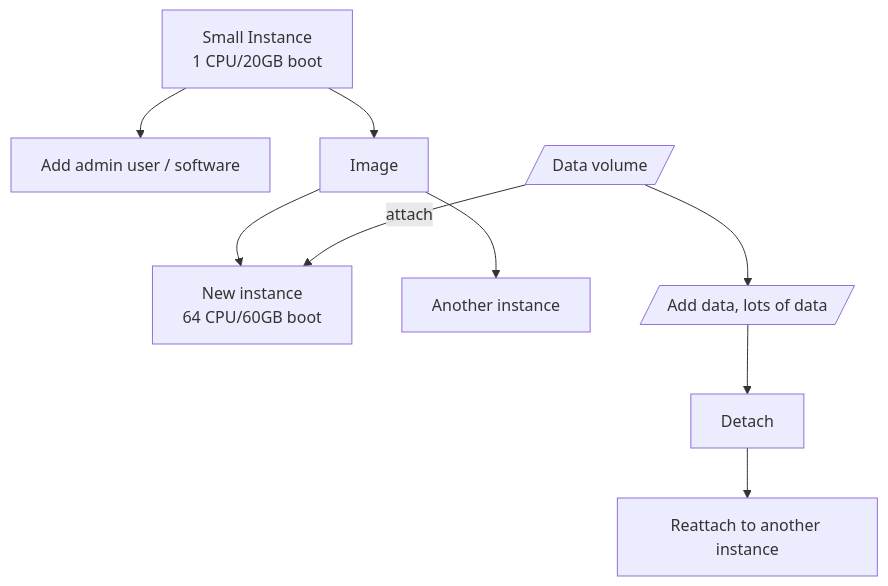
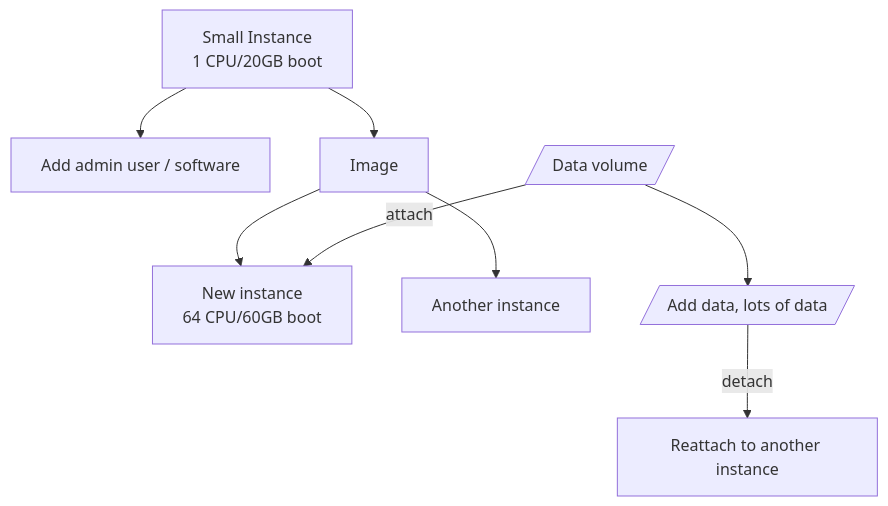
Before and after one commit to AntibodyEngineers/2024-Antibodies-and-AI: the diagram in getting-started.md, drawn with Mermaid.

````diff
--- a/getting-started.md
+++ b/getting-started.md
@@ -7,10 +7,10 @@
 ```mermaid
     flowchart TD
     
     A[Small Instance<br/>1 CPU/20GB boot] --> B[Add admin user / software]
     A-->C[Image] --> D[New instance<br/>64 CPU/60GB boot]
     E[/Data volume/]
     E -- attach --> D
     C --> I[Another instance]
-    E-->F[/Add data, lots of data/] --> Detach --> H[Reattach to another instance]
+    E-->F[/Add data, lots of data/] -- detach --> H[Reattach to another instance]
 ```
````
